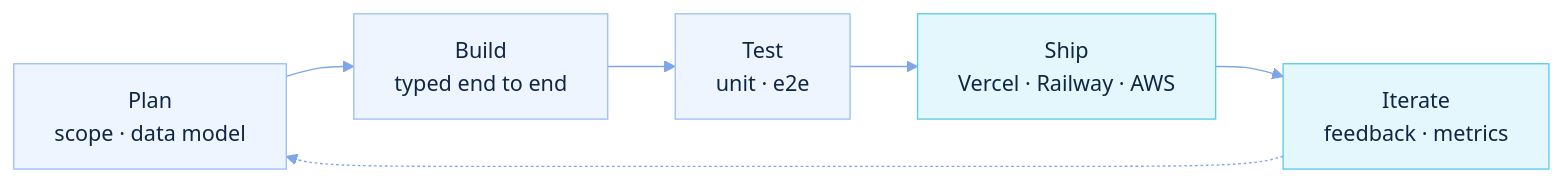
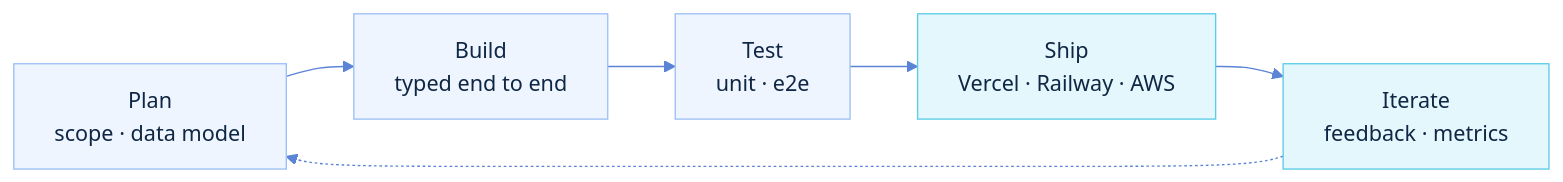
The second of 2 diagrams in README.md (vardhan23v/vardhan23v), drawn with Mermaid before and after one commit. The commit also changed other lines of this file and 23 other files, not shown here.

````diff
--- a/README.md
+++ b/README.md
@@ -138,11 +138,11 @@
 ```mermaid
-%%{init: {"theme": "base", "themeVariables": {"fontFamily": "Inter, Segoe UI, Helvetica, Arial, sans-serif", "lineColor": "#7FA6E8", "primaryTextColor": "#0F2744"}}}%%
+%%{init: {"theme": "base", "themeVariables": {"fontFamily": "Inter, Segoe UI, Helvetica, Arial, sans-serif", "lineColor": "#5B84D6", "primaryTextColor": "#0F2744"}}}%%
 flowchart LR
     P[Plan<br/>scope · data model] --> B[Build<br/>typed end to end] --> T[Test<br/>unit · e2e] --> S[Ship<br/>Vercel · Railway · AWS] --> I[Iterate<br/>feedback · metrics]
     I -.-> P
 
     classDef glass fill:#EEF5FF,stroke:#9CC0F5,stroke-width:1px,color:#0F2744;
     classDef accent fill:#E3F7FC,stroke:#5CCDE6,stroke-width:1px,color:#0F2744;
     class P,B,T glass;
     class S,I accent;
 ```
````
